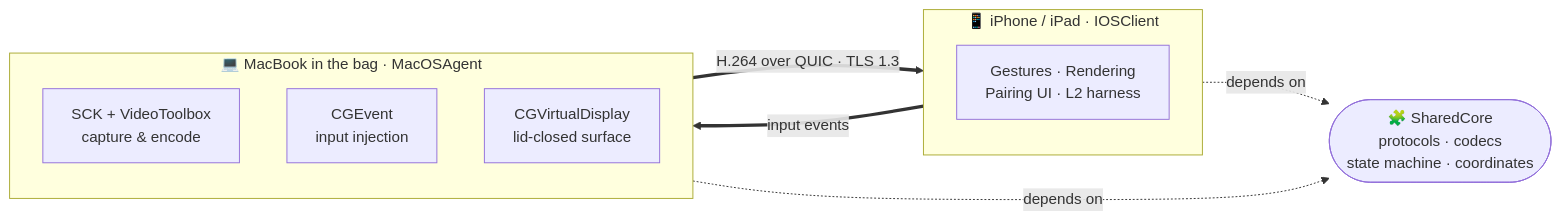
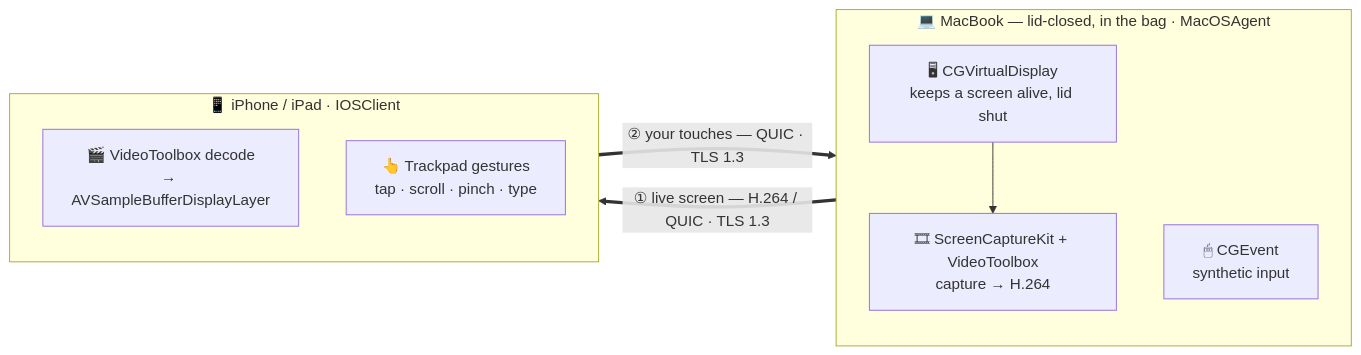
The diagram in README.md (jjw0-0/Mac-In-The-Mybag), drawn with Mermaid before and after one commit. The commit also changed other lines of this file, not shown here.

Commit message:
docs(readme): at-a-glance architecture + prominent star badge
- Architecture now reads as a two-direction pipeline: video ① Mac→phone,
  input ② phone→Mac, over one QUIC/TLS 1.3 session. Added a one-line
  SharedCore contract and a flow legend; retitled the table "Key decisions".
- Enlarged the GitHub stars badge onto its own header line (height 46)
  with a short call-to-action.
- Fixed a leftover asterisk-split "**M**ybag" → "**M**yphone" that the
  rename pass couldn't match.

````diff
--- a/README.md
+++ b/README.md
@@ -73,16 +80,19 @@
 ```mermaid
 flowchart LR
-  subgraph Phone["📱 iPhone / iPad · IOSClient"]
-    UI["Gestures · Rendering<br/>Pairing UI · L2 harness"]
+  subgraph MAC["💻 MacBook — lid-closed, in the bag · MacOSAgent"]
+    direction TB
+    VD["🖥 CGVirtualDisplay<br/>keeps a screen alive, lid shut"]
+    ENC["🎞 ScreenCaptureKit + VideoToolbox<br/>capture → H.264"]
+    INJ["🖱 CGEvent<br/>synthetic input"]
+    VD --> ENC
   end
-  subgraph Mac["💻 MacBook in the bag · MacOSAgent"]
-    CAP["SCK + VideoToolbox<br/>capture & encode"]
-    INJ["CGEvent<br/>input injection"]
-    VD["CGVirtualDisplay<br/>lid-closed surface"]
+
+  subgraph PHONE["📱 iPhone / iPad · IOSClient"]
+    direction TB
+    DEC["🎬 VideoToolbox decode<br/>→ AVSampleBufferDisplayLayer"]
+    GES["👆 Trackpad gestures<br/>tap · scroll · pinch · type"]
   end
-  Core(["🧩 SharedCore<br/>protocols · codecs<br/>state machine · coordinates"])
-  Phone == "input events" ==> Mac
-  Mac == "H.264 over QUIC · TLS 1.3" ==> Phone
-  Phone -.depends on.-> Core
-  Mac -.depends on.-> Core
+
+  ENC ==>|"① live screen — H.264 / QUIC · TLS 1.3"| DEC
+  GES ==>|"② your touches — QUIC · TLS 1.3"| INJ
 ```
````
